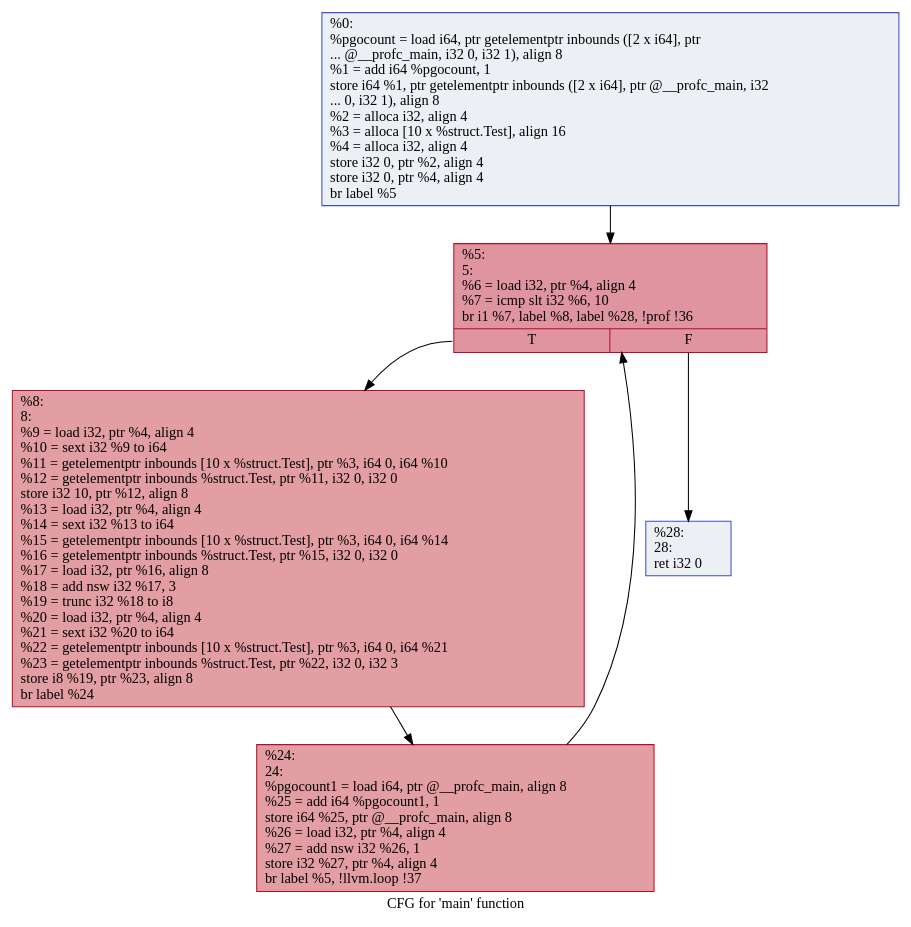
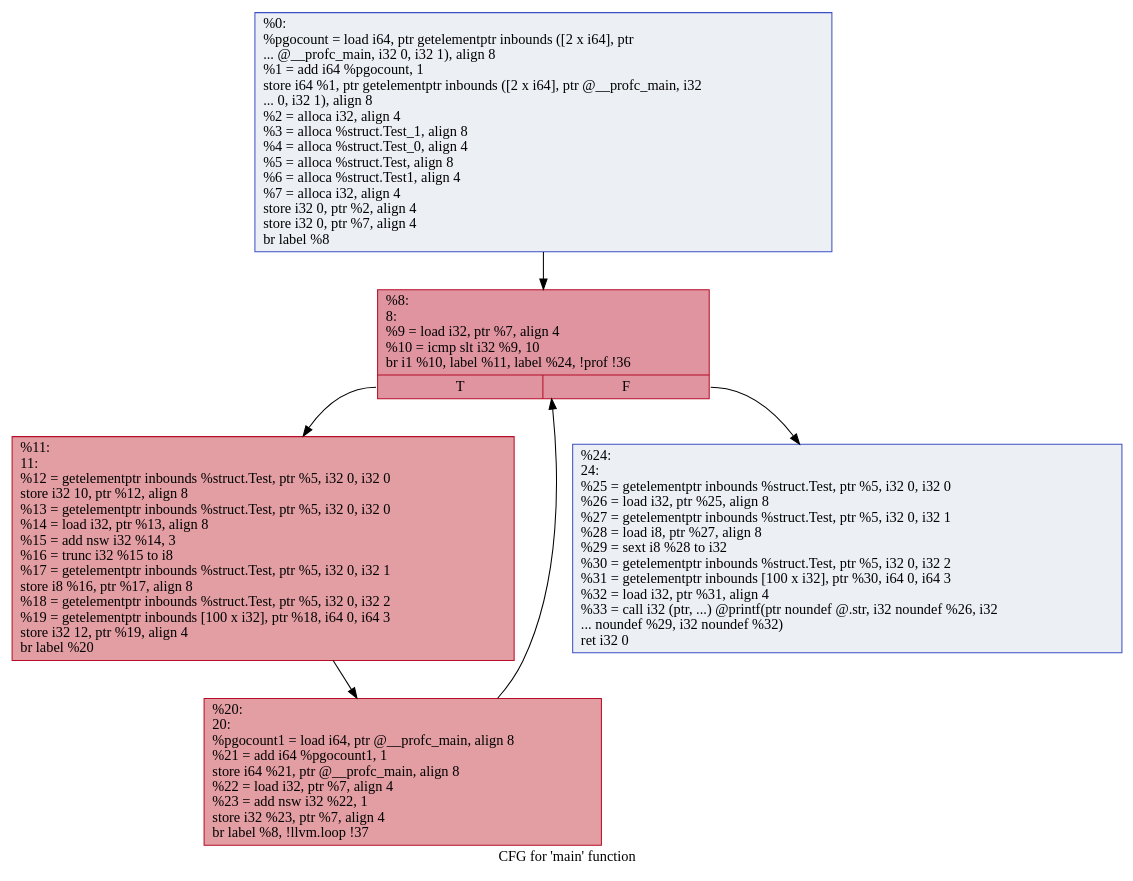
One commit to show981111/struct-optimization changed the diagram in benchmarks/correctness/tmp/.main.dot. Above: the diagram before and after it, drawn with Graphviz. The commit also changed 22 other files, not shown here.

```diff
--- a/benchmarks/correctness/tmp/.main.dot
+++ b/benchmarks/correctness/tmp/.main.dot
@@ -1,14 +1,14 @@
 digraph "CFG for 'main' function" {
 	label="CFG for 'main' function";
 
-	Node0x55b97404b1e0 [shape=record,color="#3d50c3ff", style=filled, fillcolor="#d4dbe670",label="{%0:\l  %pgocount = load i64, ptr getelementptr inbounds ([2 x i64], ptr\l... @__profc_main, i32 0, i32 1), align 8\l  %1 = add i64 %pgocount, 1\l  store i64 %1, ptr getelementptr inbounds ([2 x i64], ptr @__profc_main, i32\l... 0, i32 1), align 8\l  %2 = alloca i32, align 4\l  %3 = alloca [10 x %struct.Test], align 16\l  %4 = alloca i32, align 4\l  store i32 0, ptr %2, align 4\l  store i32 0, ptr %4, align 4\l  br label %5\l}"];
-	Node0x55b97404b1e0 -> Node0x55b974052e60;
-	Node0x55b974052e60 [shape=record,color="#b70d28ff", style=filled, fillcolor="#b70d2870",label="{%5:\l5:                                                \l  %6 = load i32, ptr %4, align 4\l  %7 = icmp slt i32 %6, 10\l  br i1 %7, label %8, label %28, !prof !36\l|{<s0>T|<s1>F}}"];
-	Node0x55b974052e60:s0 -> Node0x55b97405df90;
-	Node0x55b974052e60:s1 -> Node0x55b97405e030;
-	Node0x55b97405df90 [shape=record,color="#b70d28ff", style=filled, fillcolor="#be242e70",label="{%8:\l8:                                                \l  %9 = load i32, ptr %4, align 4\l  %10 = sext i32 %9 to i64\l  %11 = getelementptr inbounds [10 x %struct.Test], ptr %3, i64 0, i64 %10\l  %12 = getelementptr inbounds %struct.Test, ptr %11, i32 0, i32 0\l  store i32 10, ptr %12, align 8\l  %13 = load i32, ptr %4, align 4\l  %14 = sext i32 %13 to i64\l  %15 = getelementptr inbounds [10 x %struct.Test], ptr %3, i64 0, i64 %14\l  %16 = getelementptr inbounds %struct.Test, ptr %15, i32 0, i32 0\l  %17 = load i32, ptr %16, align 8\l  %18 = add nsw i32 %17, 3\l  %19 = trunc i32 %18 to i8\l  %20 = load i32, ptr %4, align 4\l  %21 = sext i32 %20 to i64\l  %22 = getelementptr inbounds [10 x %struct.Test], ptr %3, i64 0, i64 %21\l  %23 = getelementptr inbounds %struct.Test, ptr %22, i32 0, i32 3\l  store i8 %19, ptr %23, align 8\l  br label %24\l}"];
-	Node0x55b97405df90 -> Node0x55b97405dfe0;
-	Node0x55b97405dfe0 [shape=record,color="#b70d28ff", style=filled, fillcolor="#be242e70",label="{%24:\l24:                                               \l  %pgocount1 = load i64, ptr @__profc_main, align 8\l  %25 = add i64 %pgocount1, 1\l  store i64 %25, ptr @__profc_main, align 8\l  %26 = load i32, ptr %4, align 4\l  %27 = add nsw i32 %26, 1\l  store i32 %27, ptr %4, align 4\l  br label %5, !llvm.loop !37\l}"];
-	Node0x55b97405dfe0 -> Node0x55b974052e60;
-	Node0x55b97405e030 [shape=record,color="#3d50c3ff", style=filled, fillcolor="#d4dbe670",label="{%28:\l28:                                               \l  ret i32 0\l}"];
+	Node0x560bf0f613f0 [shape=record,color="#3d50c3ff", style=filled, fillcolor="#d4dbe670",label="{%0:\l  %pgocount = load i64, ptr getelementptr inbounds ([2 x i64], ptr\l... @__profc_main, i32 0, i32 1), align 8\l  %1 = add i64 %pgocount, 1\l  store i64 %1, ptr getelementptr inbounds ([2 x i64], ptr @__profc_main, i32\l... 0, i32 1), align 8\l  %2 = alloca i32, align 4\l  %3 = alloca %struct.Test_1, align 8\l  %4 = alloca %struct.Test_0, align 4\l  %5 = alloca %struct.Test, align 8\l  %6 = alloca %struct.Test1, align 4\l  %7 = alloca i32, align 4\l  store i32 0, ptr %2, align 4\l  store i32 0, ptr %7, align 4\l  br label %8\l}"];
+	Node0x560bf0f613f0 -> Node0x560bf0f69b60;
+	Node0x560bf0f69b60 [shape=record,color="#b70d28ff", style=filled, fillcolor="#b70d2870",label="{%8:\l8:                                                \l  %9 = load i32, ptr %7, align 4\l  %10 = icmp slt i32 %9, 10\l  br i1 %10, label %11, label %24, !prof !36\l|{<s0>T|<s1>F}}"];
+	Node0x560bf0f69b60:s0 -> Node0x560bf0f74e80;
+	Node0x560bf0f69b60:s1 -> Node0x560bf0f74f20;
+	Node0x560bf0f74e80 [shape=record,color="#b70d28ff", style=filled, fillcolor="#be242e70",label="{%11:\l11:                                               \l  %12 = getelementptr inbounds %struct.Test, ptr %5, i32 0, i32 0\l  store i32 10, ptr %12, align 8\l  %13 = getelementptr inbounds %struct.Test, ptr %5, i32 0, i32 0\l  %14 = load i32, ptr %13, align 8\l  %15 = add nsw i32 %14, 3\l  %16 = trunc i32 %15 to i8\l  %17 = getelementptr inbounds %struct.Test, ptr %5, i32 0, i32 1\l  store i8 %16, ptr %17, align 8\l  %18 = getelementptr inbounds %struct.Test, ptr %5, i32 0, i32 2\l  %19 = getelementptr inbounds [100 x i32], ptr %18, i64 0, i64 3\l  store i32 12, ptr %19, align 4\l  br label %20\l}"];
+	Node0x560bf0f74e80 -> Node0x560bf0f74ed0;
+	Node0x560bf0f74ed0 [shape=record,color="#b70d28ff", style=filled, fillcolor="#be242e70",label="{%20:\l20:                                               \l  %pgocount1 = load i64, ptr @__profc_main, align 8\l  %21 = add i64 %pgocount1, 1\l  store i64 %21, ptr @__profc_main, align 8\l  %22 = load i32, ptr %7, align 4\l  %23 = add nsw i32 %22, 1\l  store i32 %23, ptr %7, align 4\l  br label %8, !llvm.loop !37\l}"];
+	Node0x560bf0f74ed0 -> Node0x560bf0f69b60;
+	Node0x560bf0f74f20 [shape=record,color="#3d50c3ff", style=filled, fillcolor="#d4dbe670",label="{%24:\l24:                                               \l  %25 = getelementptr inbounds %struct.Test, ptr %5, i32 0, i32 0\l  %26 = load i32, ptr %25, align 8\l  %27 = getelementptr inbounds %struct.Test, ptr %5, i32 0, i32 1\l  %28 = load i8, ptr %27, align 8\l  %29 = sext i8 %28 to i32\l  %30 = getelementptr inbounds %struct.Test, ptr %5, i32 0, i32 2\l  %31 = getelementptr inbounds [100 x i32], ptr %30, i64 0, i64 3\l  %32 = load i32, ptr %31, align 4\l  %33 = call i32 (ptr, ...) @printf(ptr noundef @.str, i32 noundef %26, i32\l... noundef %29, i32 noundef %32)\l  ret i32 0\l}"];
 }
```
